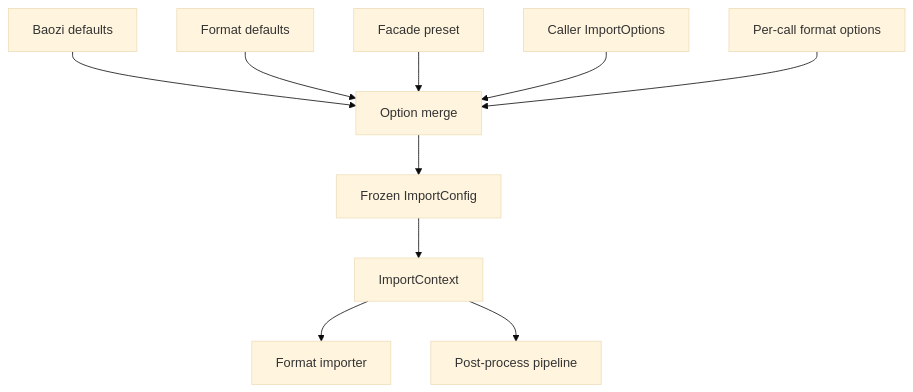
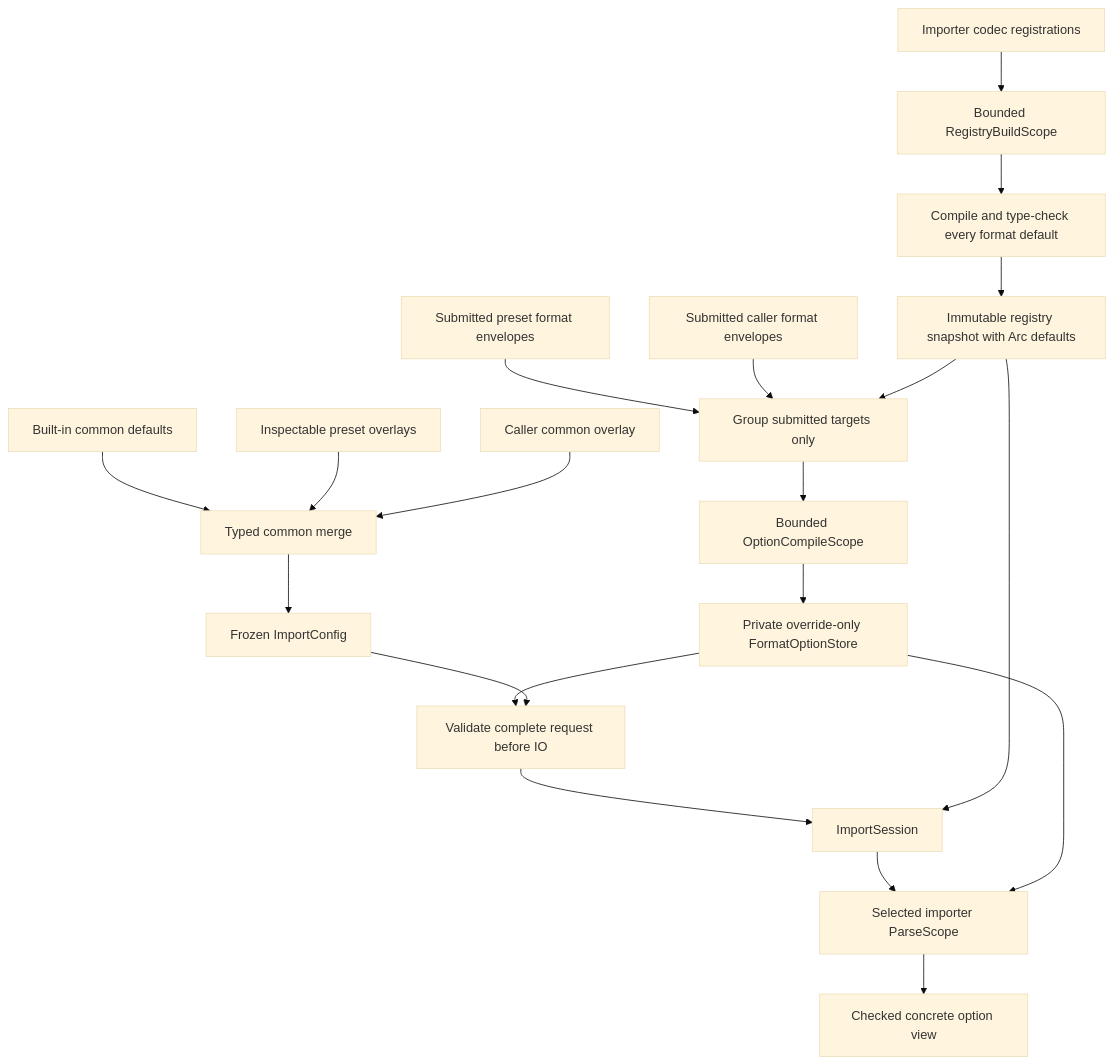
One commit to Latias94/baozi changed the diagram in docs/adr/0016-import-options-presets-and-configuration-precedence.md. Above: the diagram before and after it, drawn with Mermaid (base theme). The commit also changed other lines of this file and 978 other files, not shown here.

First line of the commit message:
refactor: deliver typed scene workflows and bounded imports (#3)

````diff
--- a/docs/adr/0016-import-options-presets-and-configuration-precedence.md
+++ b/docs/adr/0016-import-options-presets-and-configuration-precedence.md
@@ -43,12 +255,22 @@
 ```mermaid
-flowchart TD
-    Defaults[Baozi defaults] --> Merge[Option merge]
-    Format[Format defaults] --> Merge
-    Preset[Facade preset] --> Merge
-    Caller[Caller ImportOptions] --> Merge
-    FormatSpecific[Per-call format options] --> Merge
-    Merge --> Frozen[Frozen ImportConfig]
-    Frozen --> Context[ImportContext]
-    Context --> Parser[Format importer]
-    Context --> Pipeline[Post-process pipeline]
+flowchart TB
+    Registrations[Importer codec registrations] --> BuildScope[Bounded RegistryBuildScope]
+    BuildScope --> CompiledDefaults[Compile and type-check every format default]
+    CompiledDefaults --> Snapshot[Immutable registry snapshot with Arc defaults]
+    CommonDefaults[Built-in common defaults] --> CommonMerge[Typed common merge]
+    Preset[Inspectable preset overlays] --> CommonMerge
+    Caller[Caller common overlay] --> CommonMerge
+    PresetEnvelope[Submitted preset format envelopes] --> Submitted[Group submitted targets only]
+    CallerEnvelope[Submitted caller format envelopes] --> Submitted
+    Snapshot --> Submitted
+    Submitted --> RequestScope[Bounded OptionCompileScope]
+    RequestScope --> Store[Private override-only FormatOptionStore]
+    CommonMerge --> Frozen[Frozen ImportConfig]
+    Store --> Validate[Validate complete request before IO]
+    Frozen --> Validate
+    Validate --> Session[ImportSession]
+    Snapshot --> Session
+    Session --> Scope[Selected importer ParseScope]
+    Store --> Scope
+    Scope --> Typed[Checked concrete option view]
 ```
````
